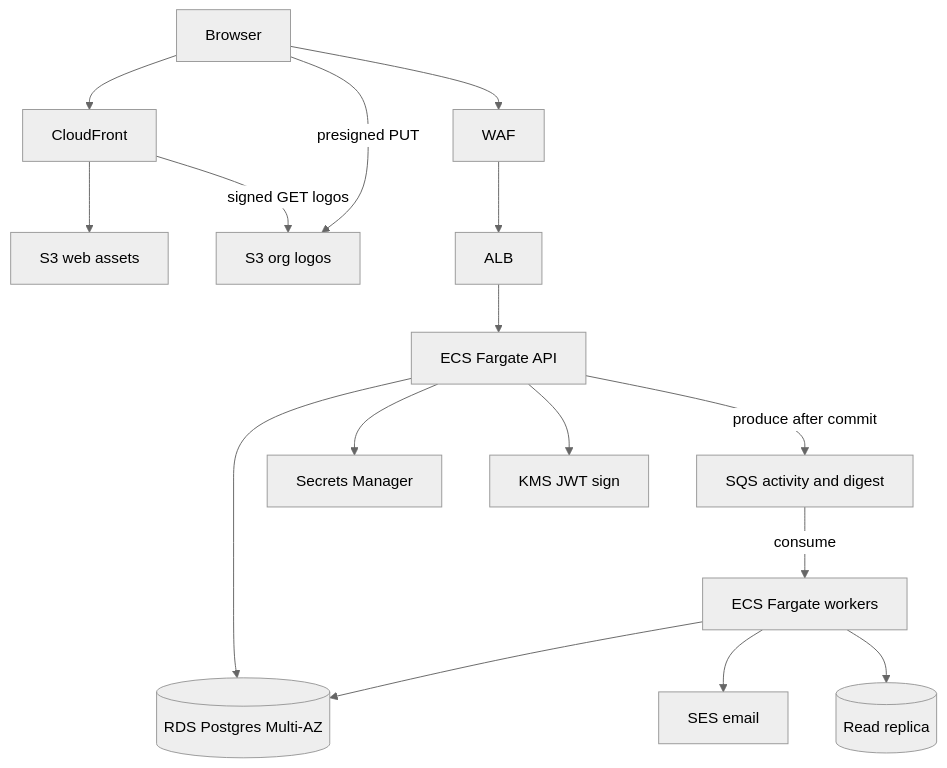
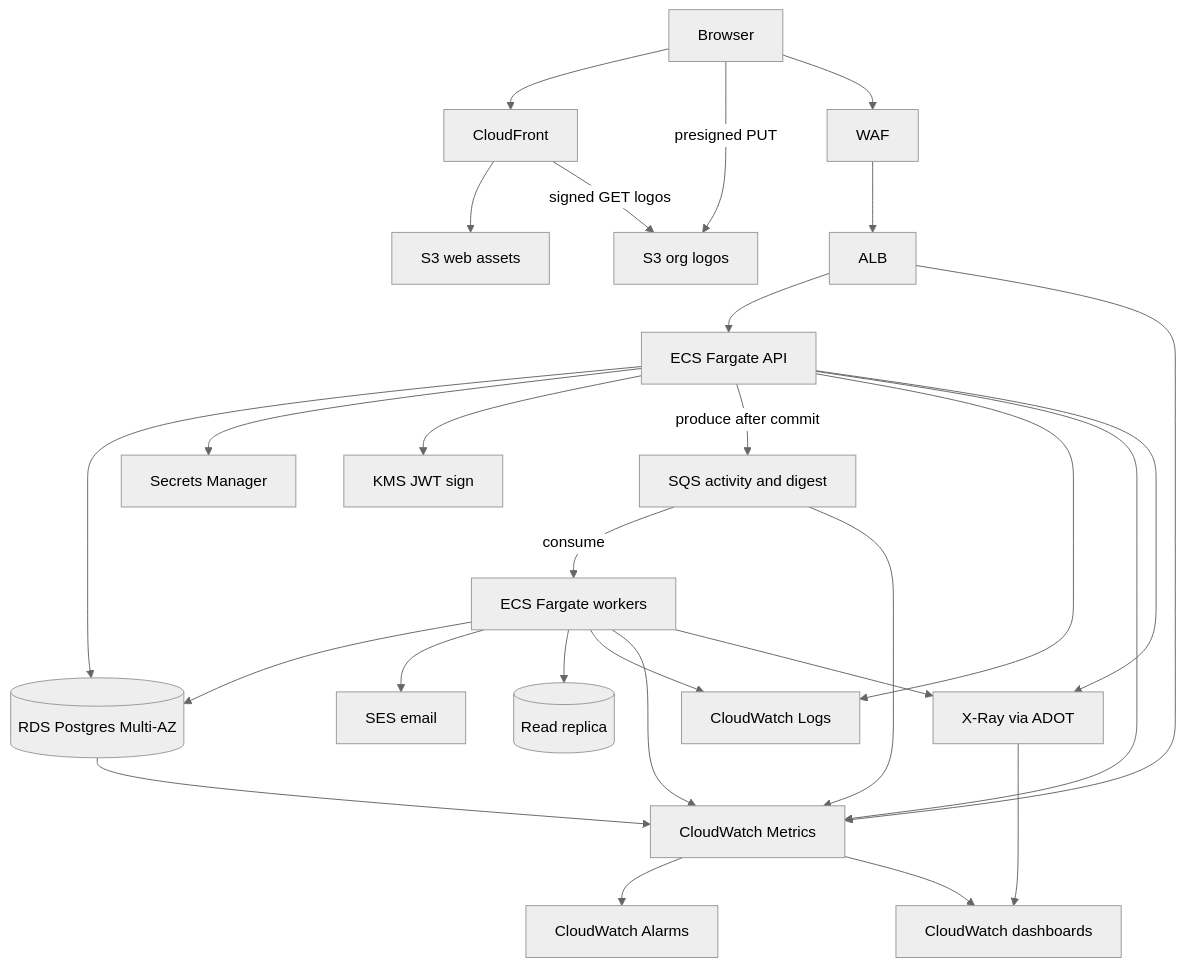
Before and after one commit to mashaole/multitenant: the diagram in SOLUTION.md, drawn with Mermaid (neutral theme). The commit also changed other lines of this file, not shown here.

Commit message:
docs: enhance SOLUTION.md with observability components
Add detailed sections on CloudWatch Logs, Metrics, and X-Ray integration to improve observability design. Update flowchart to include new components and clarify logging, metrics, and tracing strategies for better monitoring and alerting.

````diff
--- a/SOLUTION.md
+++ b/SOLUTION.md
@@ -52,31 +52,48 @@
 ```mermaid
 flowchart TB
   Browser[Browser]
   CF[CloudFront]
   S3Web[S3 web assets]
   S3Logo[S3 org logos]
   WAF[WAF]
   ALB[ALB]
   API[ECS Fargate API]
   Worker[ECS Fargate workers]
   RDS[(RDS Postgres Multi-AZ)]
   Replica[(Read replica)]
   SQS[SQS activity and digest]
   SES[SES email]
   SM[Secrets Manager]
   KMS[KMS JWT sign]
+  CWLogs[CloudWatch Logs]
+  CWMet[CloudWatch Metrics]
+  XRay[X-Ray via ADOT]
+  Alarms[CloudWatch Alarms]
+  Dash[CloudWatch dashboards]
 
   Browser --> CF
   CF --> S3Web
   Browser -->|presigned PUT| S3Logo
   CF -->|signed GET logos| S3Logo
   Browser --> WAF --> ALB --> API
   API --> RDS
   API --> SM
   API --> KMS
   API -->|produce after commit| SQS
   SQS -->|consume| Worker
   Worker --> RDS
   Worker --> SES
   Worker --> Replica
+  API --> CWLogs
+  Worker --> CWLogs
+  API --> CWMet
+  Worker --> CWMet
+  ALB --> CWMet
+  RDS --> CWMet
+  SQS --> CWMet
+  API --> XRay
+  Worker --> XRay
+  CWMet --> Alarms
+  CWMet --> Dash
+  XRay --> Dash
 ```
````
